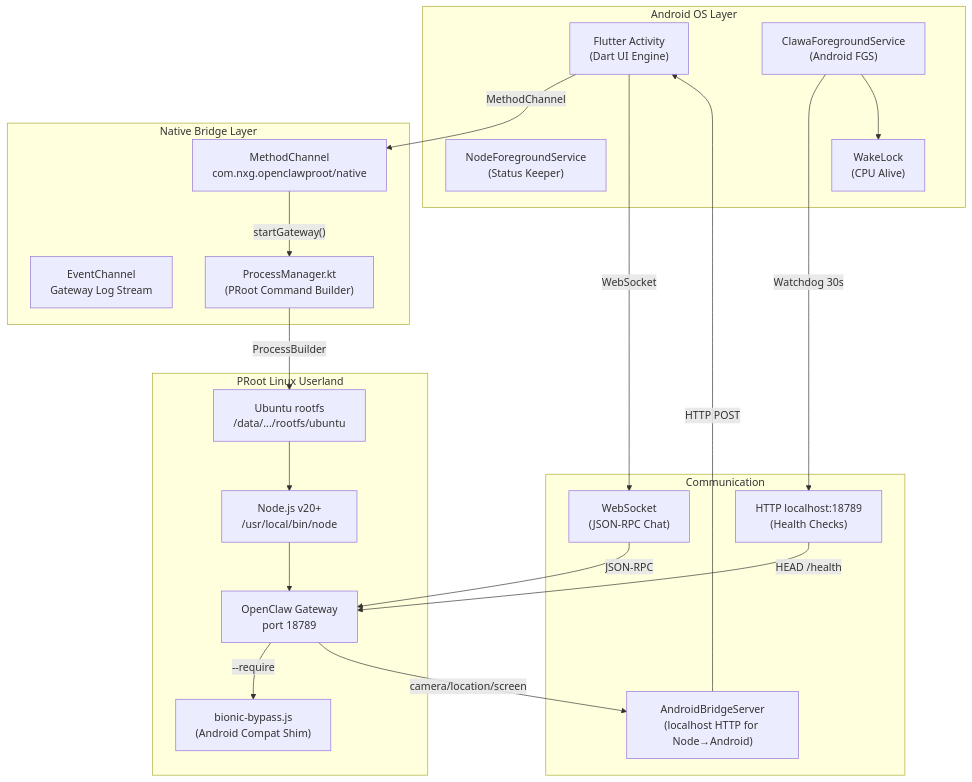
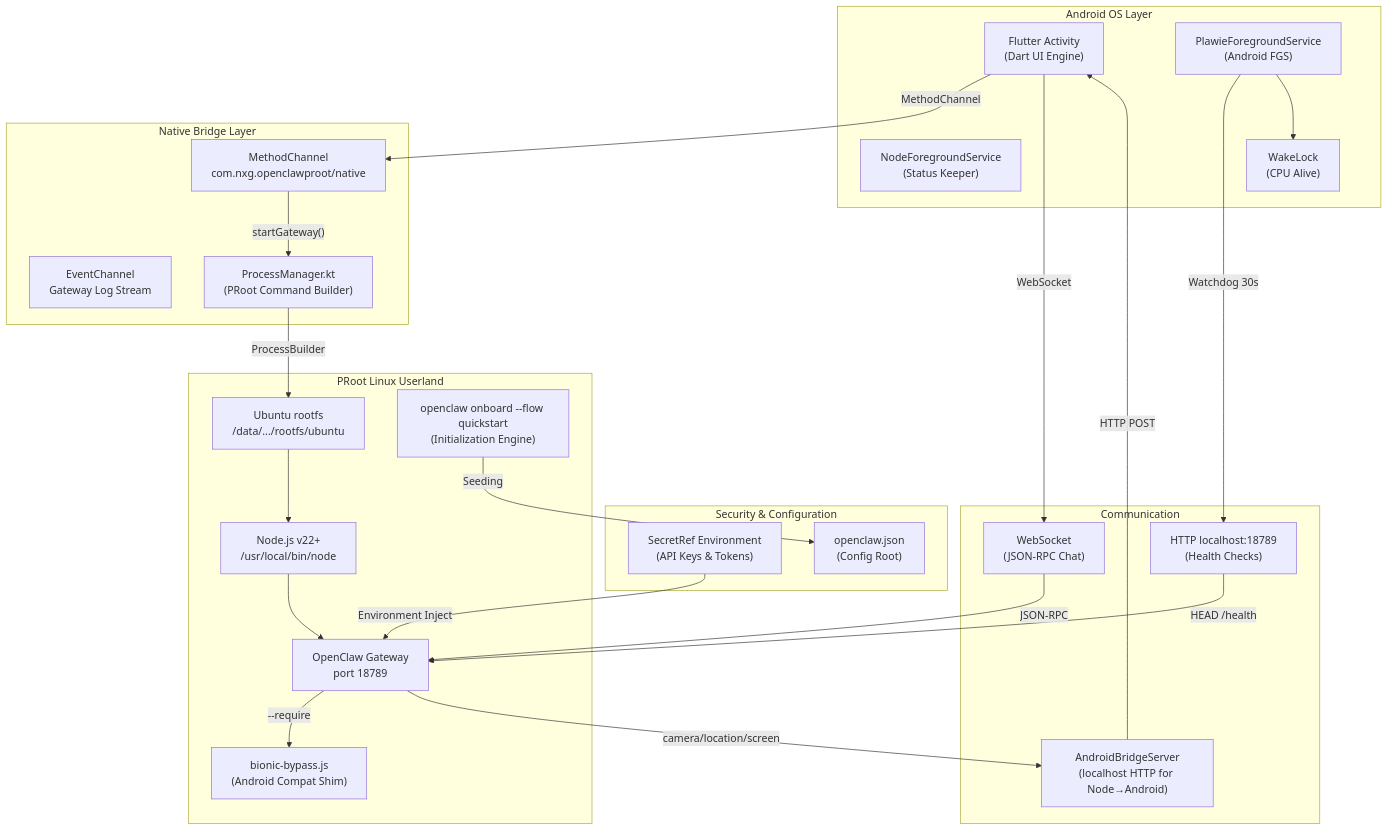
The first of 5 diagrams in ARCHITECTURE_REPORT.md (vmbbz/plawie), drawn with Mermaid before and after one commit. The commit also changed other lines of this file and 5 other files, not shown here.

````diff
--- a/ARCHITECTURE_REPORT.md
+++ b/ARCHITECTURE_REPORT.md
@@ -19,41 +19,50 @@
 ```mermaid
 graph TB
     subgraph "Android OS Layer"
         A["Flutter Activity<br/>(Dart UI Engine)"]
-        B["ClawaForegroundService<br/>(Android FGS)"]
+        B["PlawieForegroundService<br/>(Android FGS)"]
         C["NodeForegroundService<br/>(Status Keeper)"]
         D["WakeLock<br/>(CPU Alive)"]
     end
 
     subgraph "Native Bridge Layer"
         E["MethodChannel<br/>com.nxg.openclawproot/native"]
         F["EventChannel<br/>Gateway Log Stream"]
         G["ProcessManager.kt<br/>(PRoot Command Builder)"]
     end
 
     subgraph "PRoot Linux Userland"
         H["Ubuntu rootfs<br/>/data/.../rootfs/ubuntu"]
-        I["Node.js v20+<br/>/usr/local/bin/node"]
+        I["Node.js v22+<br/>/usr/local/bin/node"]
         J["OpenClaw Gateway<br/>port 18789"]
         K["bionic-bypass.js<br/>(Android Compat Shim)"]
+        O["openclaw onboard --flow quickstart<br/>(Initialization Engine)"]
+    end
+
+    subgraph "Security & Configuration"
+        P["SecretRef Environment<br/>(API Keys & Tokens)"]
+        Q["openclaw.json<br/>(Config Root)"]
     end
 
     subgraph "Communication"
         L["HTTP localhost:18789<br/>(Health Checks)"]
         M["WebSocket<br/>(JSON-RPC Chat)"]
         N["AndroidBridgeServer<br/>(localhost HTTP for Node→Android)"]
     end
 
     A -->|"MethodChannel"| E
     E -->|"startGateway()"| G
     G -->|"ProcessBuilder"| H
     H --> I --> J
     J -->|"--require"| K
     B -->|"Watchdog 30s"| L
     L -->|"HEAD /health"| J
     A -->|"WebSocket"| M
     M -->|"JSON-RPC"| J
     B --> D
     J -->|"camera/location/screen"| N
     N -->|"HTTP POST"| A
+    
+    O -->|"Seeding"| Q
+    P -->|"Environment Inject"| J
 ```
````
